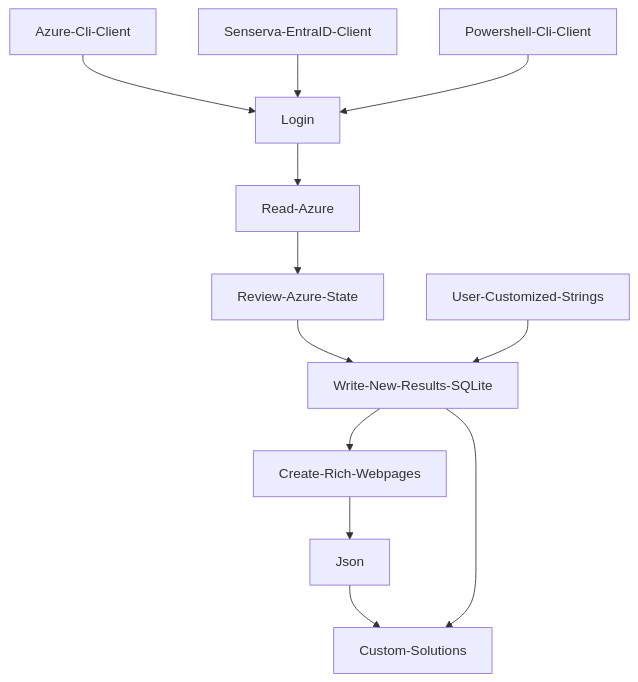
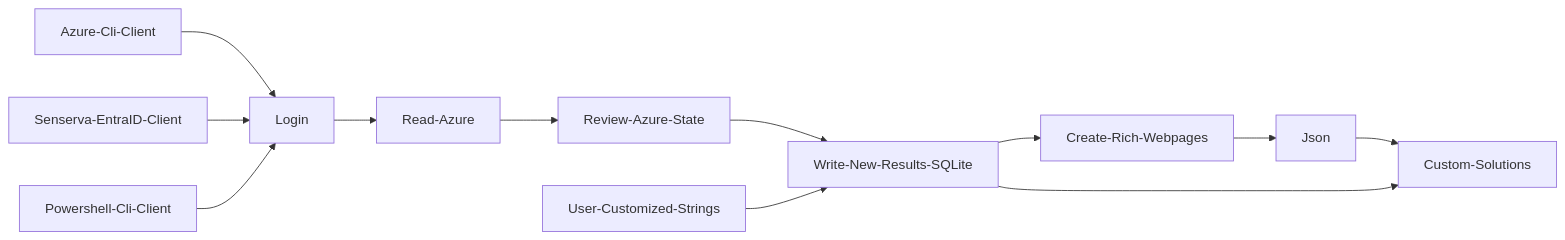
One commit to Senserva-LLC/Senserva-Inquisitor changed the diagram in README.md. Above: the diagram before and after it, drawn with Mermaid.

````diff
--- a/README.md
+++ b/README.md
@@ -28,11 +28,11 @@
 ```mermaid
-graph TD;
+graph LR;
     Login --> Read-Azure --> Review-Azure-State --> Write-New-Results-SQLite --> Create-Rich-Webpages;
     Azure-Cli-Client-->Login;
     Senserva-EntraID-Client-->Login;
     Powershell-Cli-Client -->Login;
     User-Customized-Strings --> Write-New-Results-SQLite;
     Create-Rich-Webpages --> Json;
     Json --> Custom-Solutions;
     Write-New-Results-SQLite --> Custom-Solutions
 ```
````
